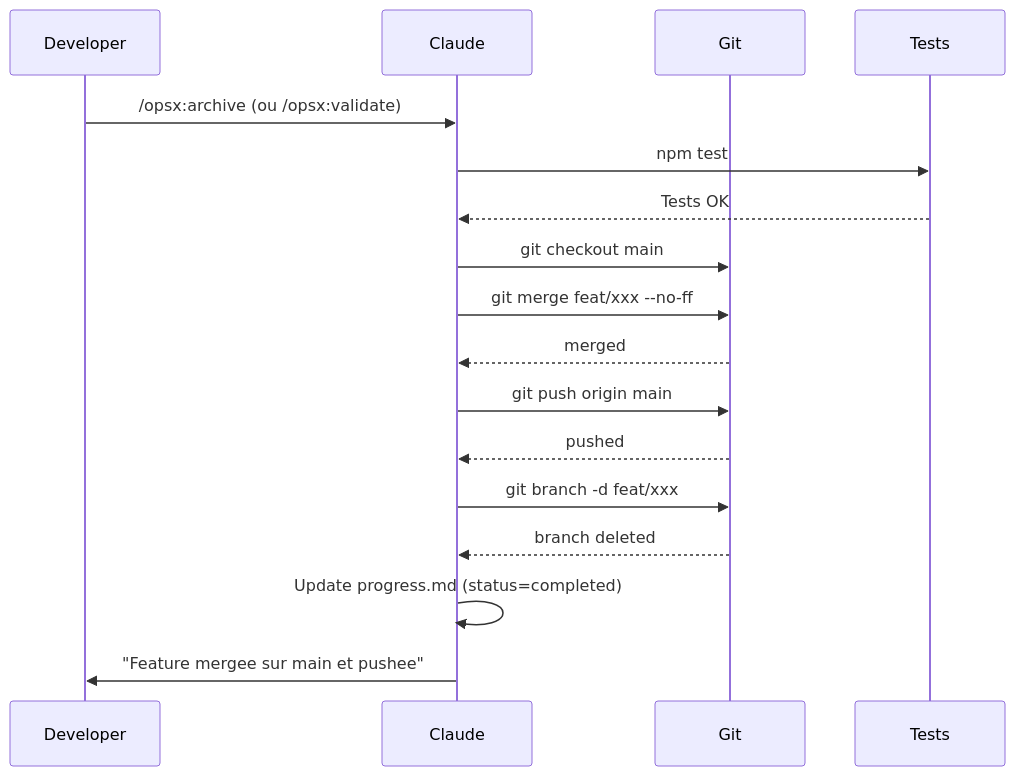
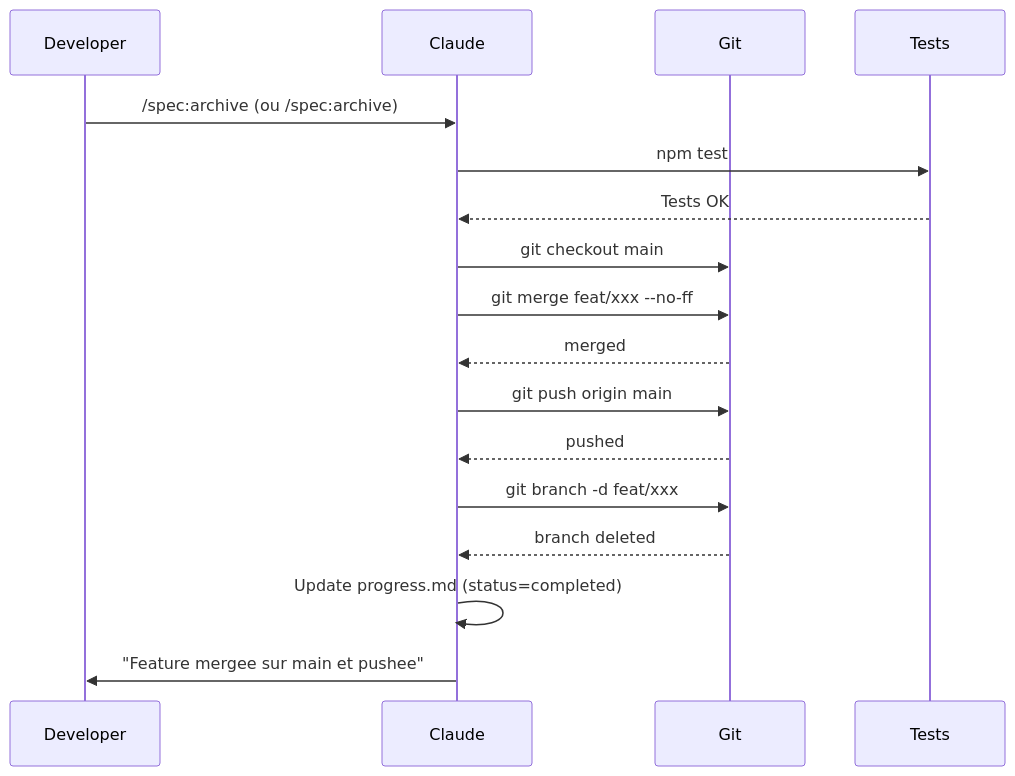
One commit to maximilienbornepro/boilerplate changed the third of 3 diagrams in plans/auto-sync-before-commit/design.md. Above: the diagram before and after it, drawn with Mermaid. The commit also changed other lines of this file and 39 other files, not shown here.

````diff
--- a/plans/auto-sync-before-commit/design.md
+++ b/plans/auto-sync-before-commit/design.md
@@ -74,24 +74,24 @@
 ```mermaid
 sequenceDiagram
     participant D as Developer
     participant C as Claude
     participant G as Git
     participant T as Tests
 
-    D->>C: /opsx:archive (ou /opsx:validate)
+    D->>C: /spec:archive (ou /spec:archive)
     C->>T: npm test
     T-->>C: Tests OK
 
     C->>G: git checkout main
     C->>G: git merge feat/xxx --no-ff
     G-->>C: merged
 
     C->>G: git push origin main
     G-->>C: pushed
 
     C->>G: git branch -d feat/xxx
     G-->>C: branch deleted
 
     C->>C: Update progress.md (status=completed)
     C->>D: "Feature mergee sur main et pushee"
 ```
````
